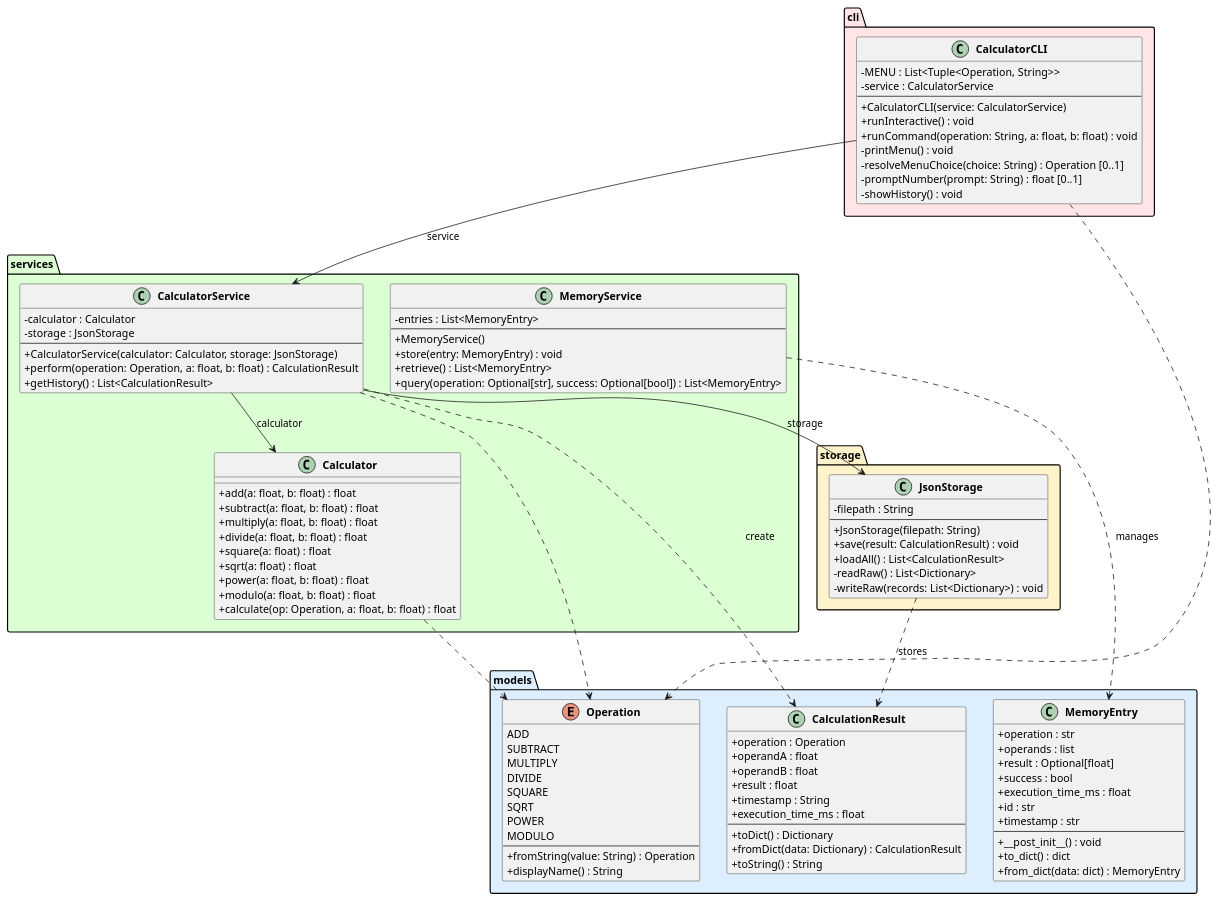
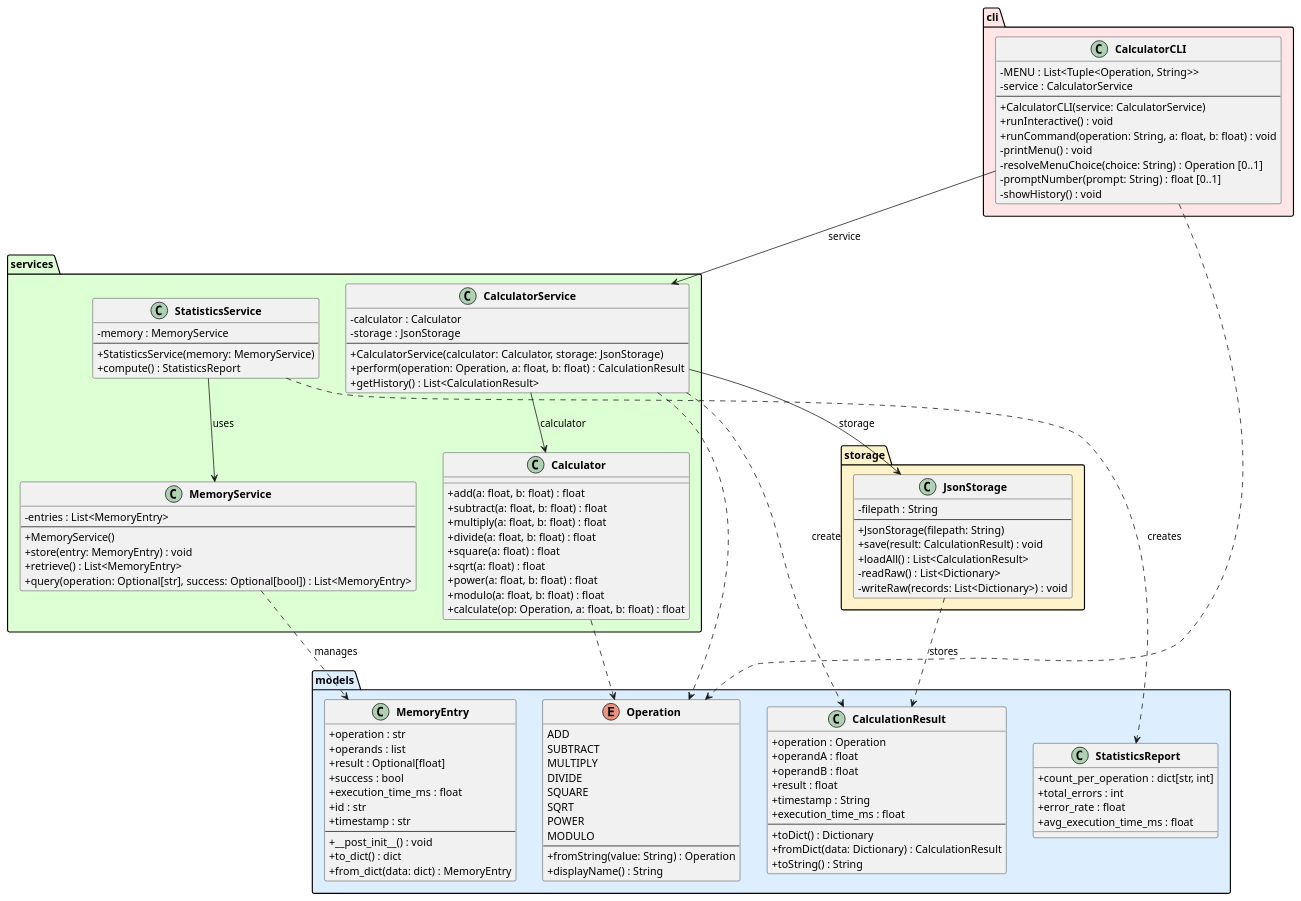
Before and after one commit to DanielRiha8906/Software_autoevolution_using_agents: the diagram in experiments/supervisor_as_tools/test_driven/calculator/artifacts/class_diagram.puml, drawn with PlantUML. The commit also changed 10 other files, not shown here.

```diff
--- a/experiments/supervisor_as_tools/test_driven/calculator/artifacts/class_diagram.puml
+++ b/experiments/supervisor_as_tools/test_driven/calculator/artifacts/class_diagram.puml
@@ -1,119 +1,135 @@
 @startuml class_diagram
 
 skinparam classAttributeIconSize 0
 skinparam classFontStyle bold
 
 package "models" #DDEEFF {
     enum Operation {
         ADD
         SUBTRACT
         MULTIPLY
         DIVIDE
         SQUARE
         SQRT
         POWER
         MODULO
         --
         +fromString(value: String) : Operation
         +displayName() : String
     }
 
     class CalculationResult {
         +operation : Operation
         +operandA : float
         +operandB : float
         +result : float
         +timestamp : String
         +execution_time_ms : float
         --
         +toDict() : Dictionary
         +fromDict(data: Dictionary) : CalculationResult
         +toString() : String
     }
 
     class MemoryEntry {
         +operation : str
         +operands : list
         +result : Optional[float]
         +success : bool
         +execution_time_ms : float
         +id : str
         +timestamp : str
         --
         +__post_init__() : void
         +to_dict() : dict
         +from_dict(data: dict) : MemoryEntry
     }
+
+    class StatisticsReport {
+        +count_per_operation : dict[str, int]
+        +total_errors : int
+        +error_rate : float
+        +avg_execution_time_ms : float
+    }
 }
 
 package "services" #DDFFD4 {
     class Calculator {
         +add(a: float, b: float) : float
         +subtract(a: float, b: float) : float
         +multiply(a: float, b: float) : float
         +divide(a: float, b: float) : float
         +square(a: float) : float
         +sqrt(a: float) : float
         +power(a: float, b: float) : float
         +modulo(a: float, b: float) : float
         +calculate(op: Operation, a: float, b: float) : float
     }
 
     class CalculatorService {
         -calculator : Calculator
         -storage : JsonStorage
         --
         +CalculatorService(calculator: Calculator, storage: JsonStorage)
         +perform(operation: Operation, a: float, b: float) : CalculationResult
         +getHistory() : List<CalculationResult>
     }
 
     class MemoryService {
         -entries : List<MemoryEntry>
         --
         +MemoryService()
         +store(entry: MemoryEntry) : void
         +retrieve() : List<MemoryEntry>
         +query(operation: Optional[str], success: Optional[bool]) : List<MemoryEntry>
+    }
+
+    class StatisticsService {
+        -memory : MemoryService
+        --
+        +StatisticsService(memory: MemoryService)
+        +compute() : StatisticsReport
     }
 }
 
 package "storage" #FFF3CC {
     class JsonStorage {
         -filepath : String
         --
         +JsonStorage(filepath: String)
         +save(result: CalculationResult) : void
         +loadAll() : List<CalculationResult>
         -readRaw() : List<Dictionary>
         -writeRaw(records: List<Dictionary>) : void
     }
 }
 
 package "cli" #FFE5E5 {
     class CalculatorCLI {
         -MENU : List<Tuple<Operation, String>>
         -service : CalculatorService
         --
         +CalculatorCLI(service: CalculatorService)
         +runInteractive() : void
         +runCommand(operation: String, a: float, b: float) : void
         -printMenu() : void
         -resolveMenuChoice(choice: String) : Operation [0..1]
         -promptNumber(prompt: String) : float [0..1]
         -showHistory() : void
     }
 }
 
 CalculatorCLI --> CalculatorService : service
 CalculatorService --> Calculator : calculator
 CalculatorService --> JsonStorage : storage
+StatisticsService --> MemoryService : uses
 
 CalculatorService ..> CalculationResult : create
 CalculatorService ..> Operation
 CalculatorCLI ..> Operation
 Calculator ..> Operation
 JsonStorage ..> CalculationResult : stores
 MemoryService ..> MemoryEntry : manages
+StatisticsService ..> StatisticsReport : creates
 
 @enduml
```
